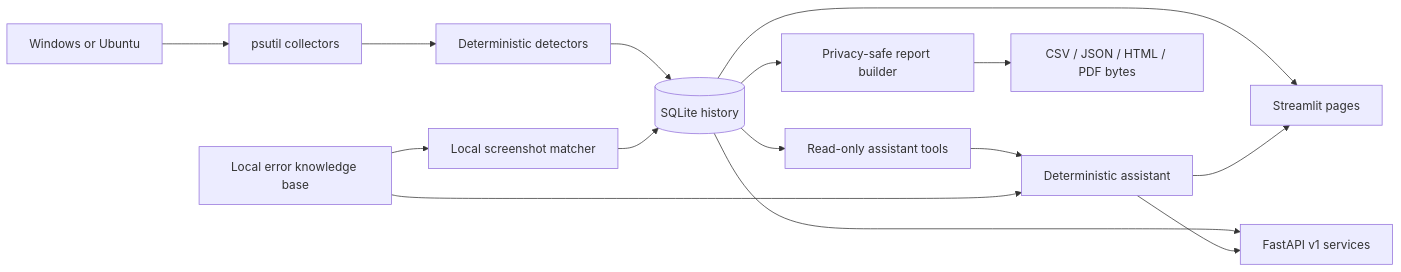
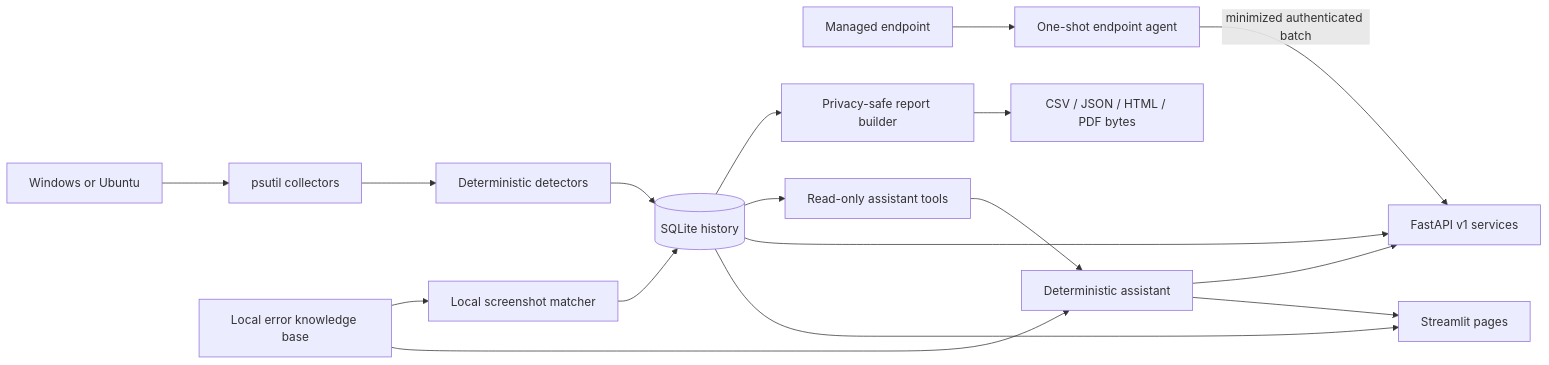
The first of 7 diagrams in fixmate-ai/docs/ARCHITECTURE.md (jahid-cr7/FixMateAI), drawn with Mermaid before and after one commit. The commit also changed other lines of this file and 34 other files, not shown here.

Commit message:
feat: add multi-device endpoint agent foundation

````diff
--- a/fixmate-ai/docs/ARCHITECTURE.md
+++ b/fixmate-ai/docs/ARCHITECTURE.md
@@ -7,17 +7,19 @@
 ```mermaid
 flowchart LR
     OS["Windows or Ubuntu"] --> C["psutil collectors"]
+    Remote["Managed endpoint"] --> Agent["One-shot endpoint agent"]
+    Agent -->|"minimized authenticated batch"| API
     C --> D["Deterministic detectors"]
     D --> DB[("SQLite history")]
     DB --> UI["Streamlit pages"]
     DB --> API["FastAPI v1 services"]
     DB --> A["Read-only assistant tools"]
     A --> DA["Deterministic assistant"]
     DA --> UI
     DA --> API
     DB --> R["Privacy-safe report builder"]
     R --> E["CSV / JSON / HTML / PDF bytes"]
     KB["Local error knowledge base"] --> DA
     KB --> OCR["Local screenshot matcher"]
     OCR --> DB
 ```
````
